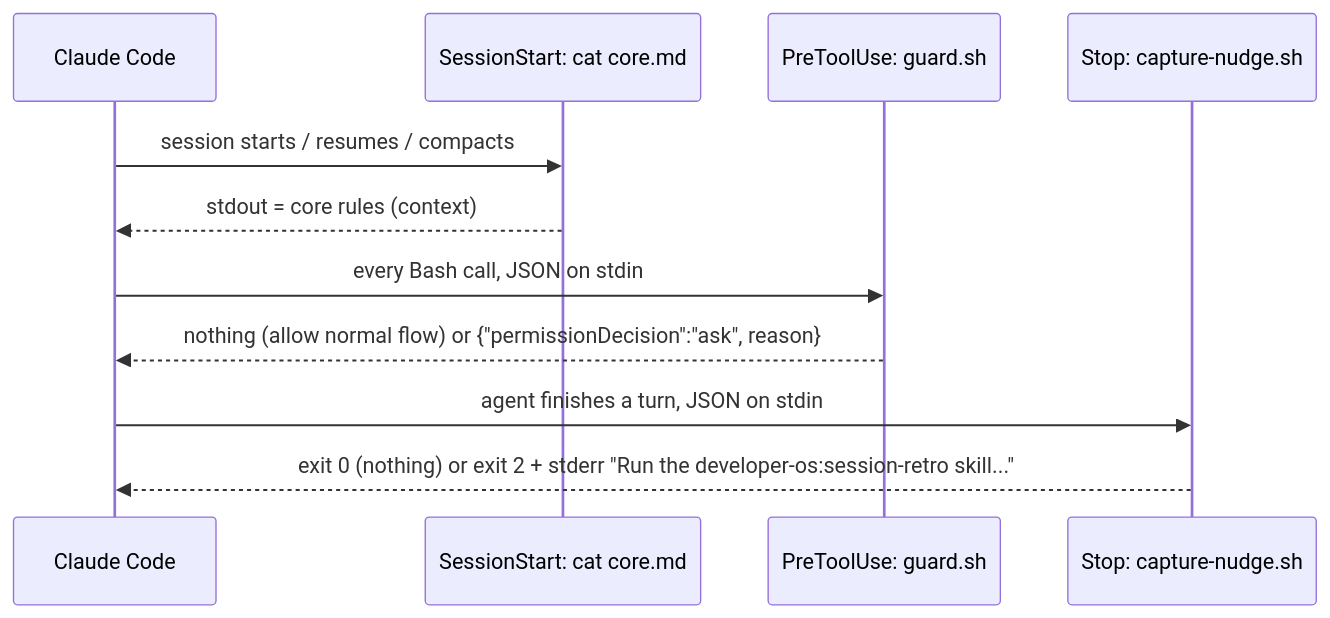
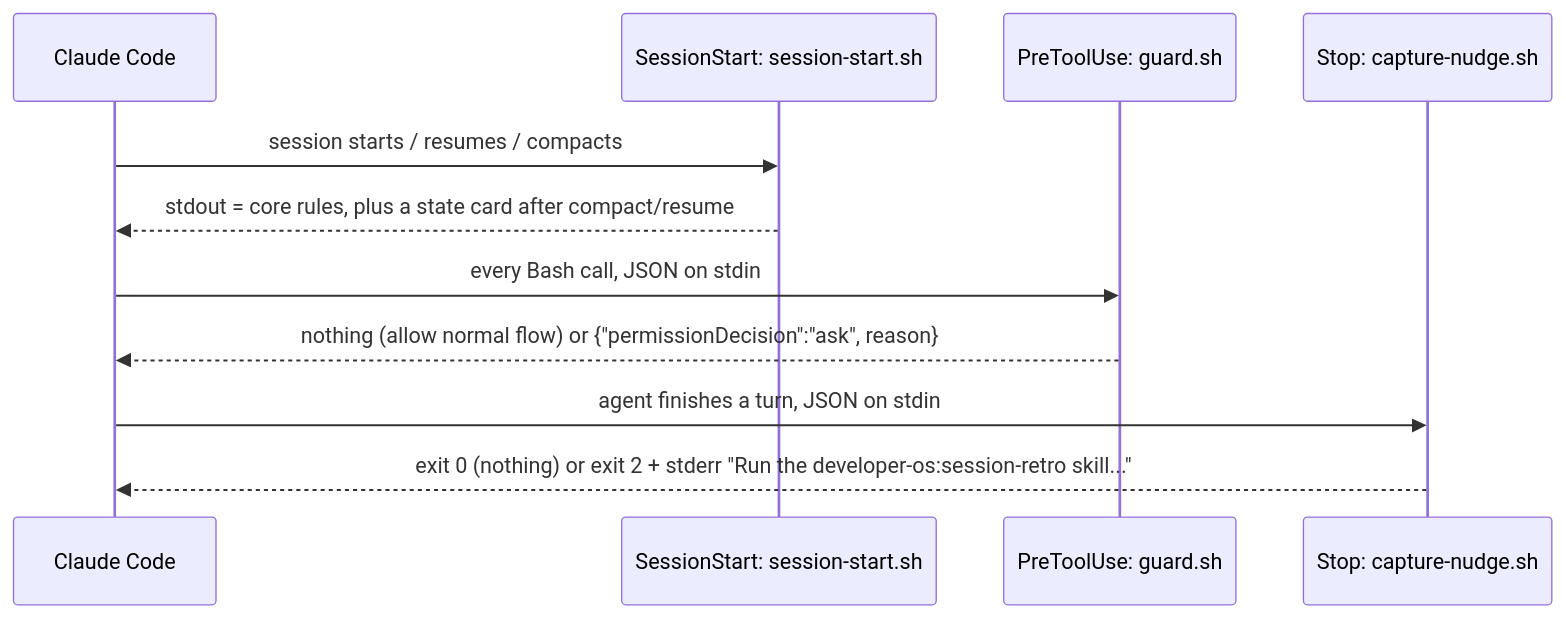
Before and after one commit to msolecki/developer-os: the first of 2 diagrams in docs/architecture/overview.md, drawn with Mermaid. The commit also changed other lines of this file and 9 other files, not shown here.

````diff
--- a/docs/architecture/overview.md
+++ b/docs/architecture/overview.md
@@ -54,13 +59,13 @@
 ```mermaid
 sequenceDiagram
   participant CC as Claude Code
-  participant SS as SessionStart: cat core.md
+  participant SS as SessionStart: session-start.sh
   participant G as PreToolUse: guard.sh
   participant N as Stop: capture-nudge.sh
   CC->>SS: session starts / resumes / compacts
-  SS-->>CC: stdout = core rules (context)
+  SS-->>CC: stdout = core rules, plus a state card after compact/resume
   CC->>G: every Bash call, JSON on stdin
   G-->>CC: nothing (allow normal flow) or {"permissionDecision":"ask", reason}
   CC->>N: agent finishes a turn, JSON on stdin
   N-->>CC: exit 0 (nothing) or exit 2 + stderr "Run the developer-os:session-retro skill..."
 ```
````
